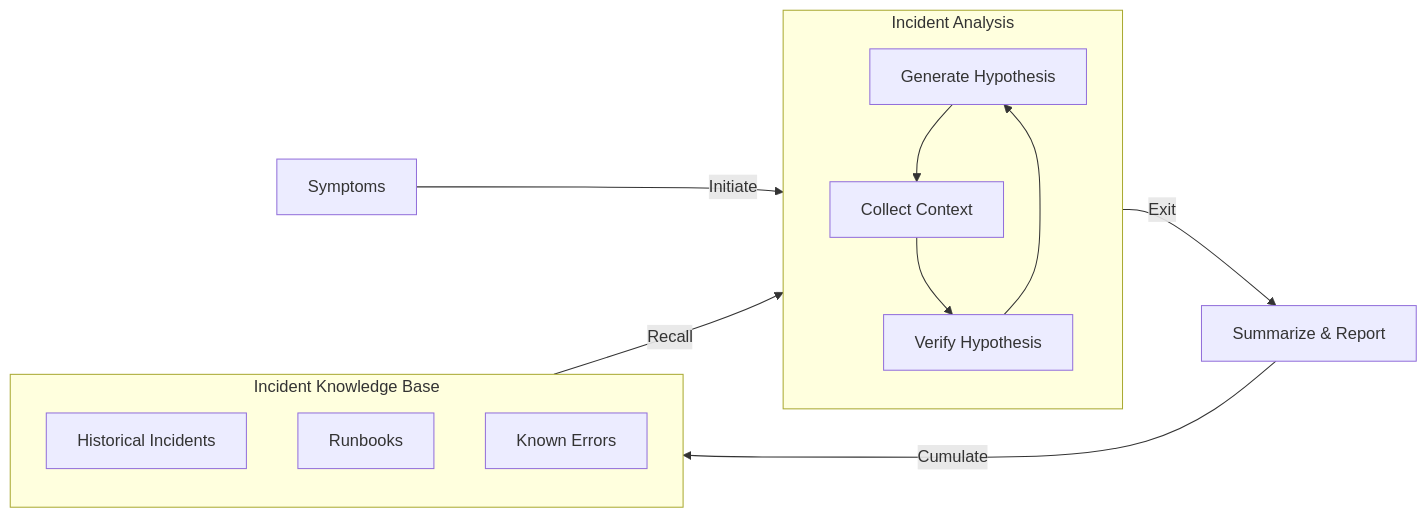
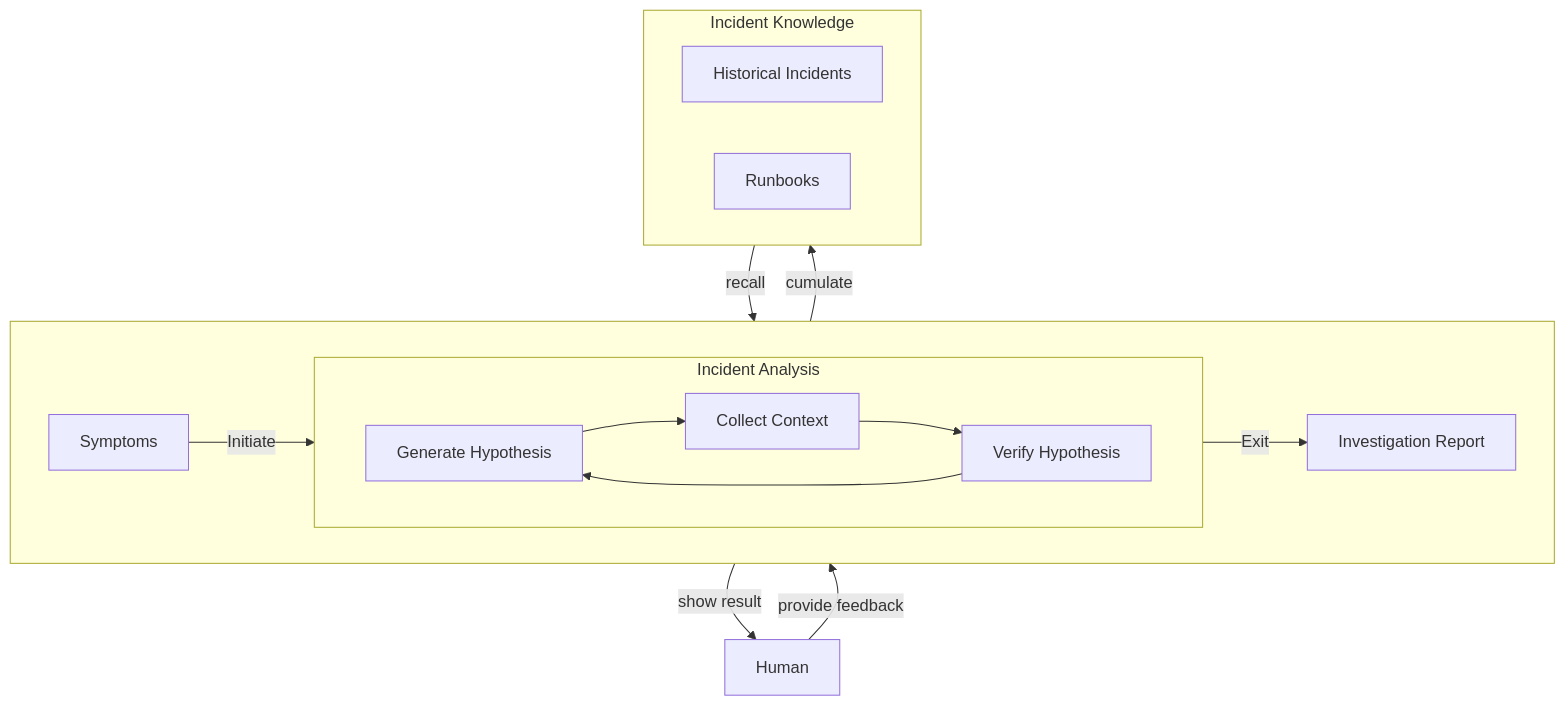
Before and after one commit to OnlyWang-Code/castrel-landing: the first of 2 diagrams in content/blogs/2.effective-incident-investigation.md, drawn with Mermaid. The commit also changed other lines of this file and 7 other files, not shown here.

````diff
--- a/content/blogs/2.effective-incident-investigation.md
+++ b/content/blogs/2.effective-incident-investigation.md
@@ -21,31 +21,37 @@
 ```mermaid
-flowchart LR
-    A[Symptoms]
+%%{init: {'flowchart': {'subGraphTitleMargin': {'top': 0, 'bottom': 0}}}}%%
+graph TB
+    subgraph main[" "]
+        direction LR
+        A[Symptoms]
 
-    F[Summarize & Report]
+        subgraph Y["Incident Analysis"]
+            direction LR
+            B[Generate Hypothesis]
+            C[Collect Context]
+            D[Verify Hypothesis]
 
-    subgraph Y["Incident Analysis"]
-        B[Generate Hypothesis]
-        C[Collect Context]
-        D[Verify Hypothesis]
+            B --> C
+            C --> D
+            D --> B
+        end
 
-        B --> C
-        C --> D
-        D --> B
+        F[Investigation Report]
+
+        A --> | Initiate | Y
+        Y --> | Exit | F
     end
 
-    subgraph X["Incident Knowledge Base"]
+    Z[Human]
+
+    subgraph X["Incident Knowledge"]
         X1["Historical Incidents"]
         X2["Runbooks"]
-        X3["Known Errors"]
     end
 
+    X --> |recall| main
+    main --> |cumulate| X
+    Z --> |provide feedback| main
+    main --> |show result| Z
 
-    A --> | Initiate | Y
-
-    Y --> | Exit | F
-
-    F --> | Cumulate | X
-
-    X --> | Recall | Y
 ```
````
